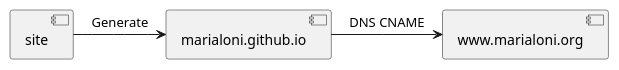
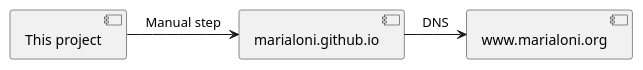
The diagram in marialoni.iuml (rednaw/site), drawn with PlantUML before and after one commit. The commit also changed other lines of this file, not shown here.

Commit message:
Site updated

```diff
--- a/marialoni.iuml
+++ b/marialoni.iuml
@@ -1,8 +1,8 @@
 @startuml
-[site]
+[This project]
 [marialoni.github.io]
 [www.marialoni.org]
 
-site -> marialoni.github.io : Generate
-marialoni.github.io -> www.marialoni.org : DNS CNAME
+[This project] -> marialoni.github.io : Manual step
+marialoni.github.io -> www.marialoni.org : DNS
 @enduml
```
